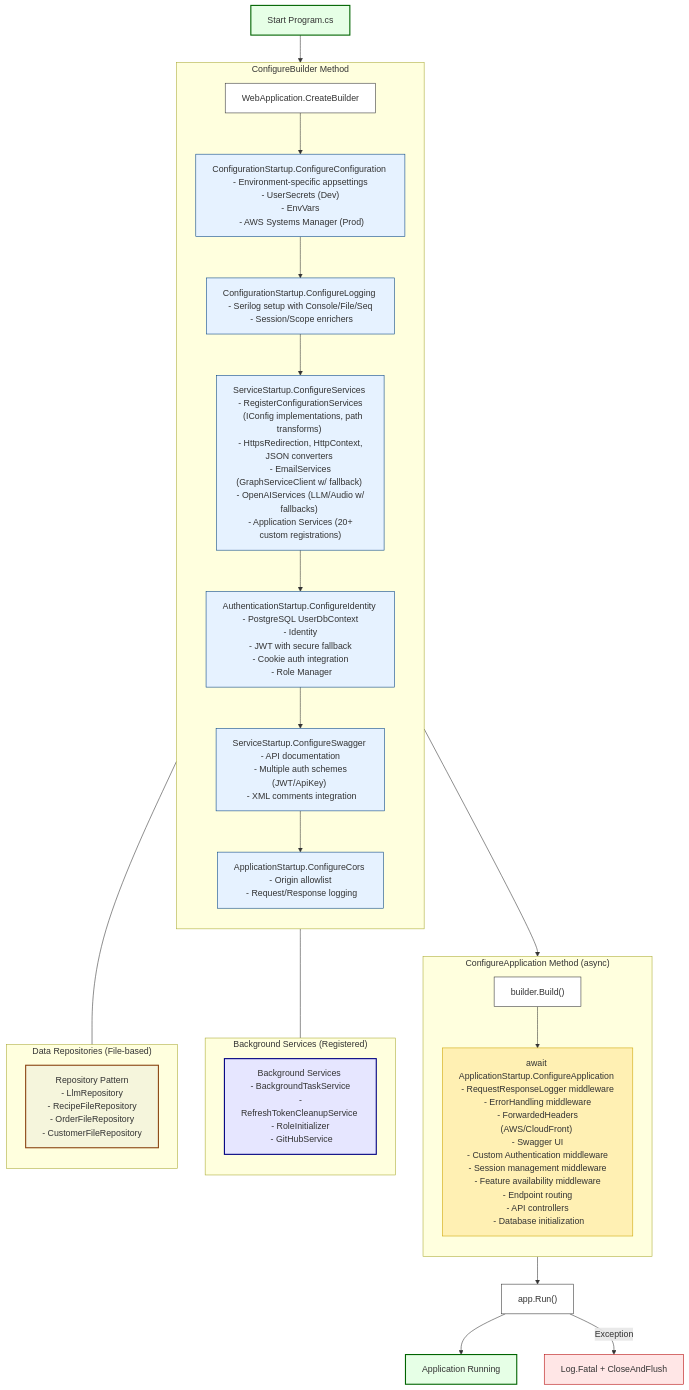
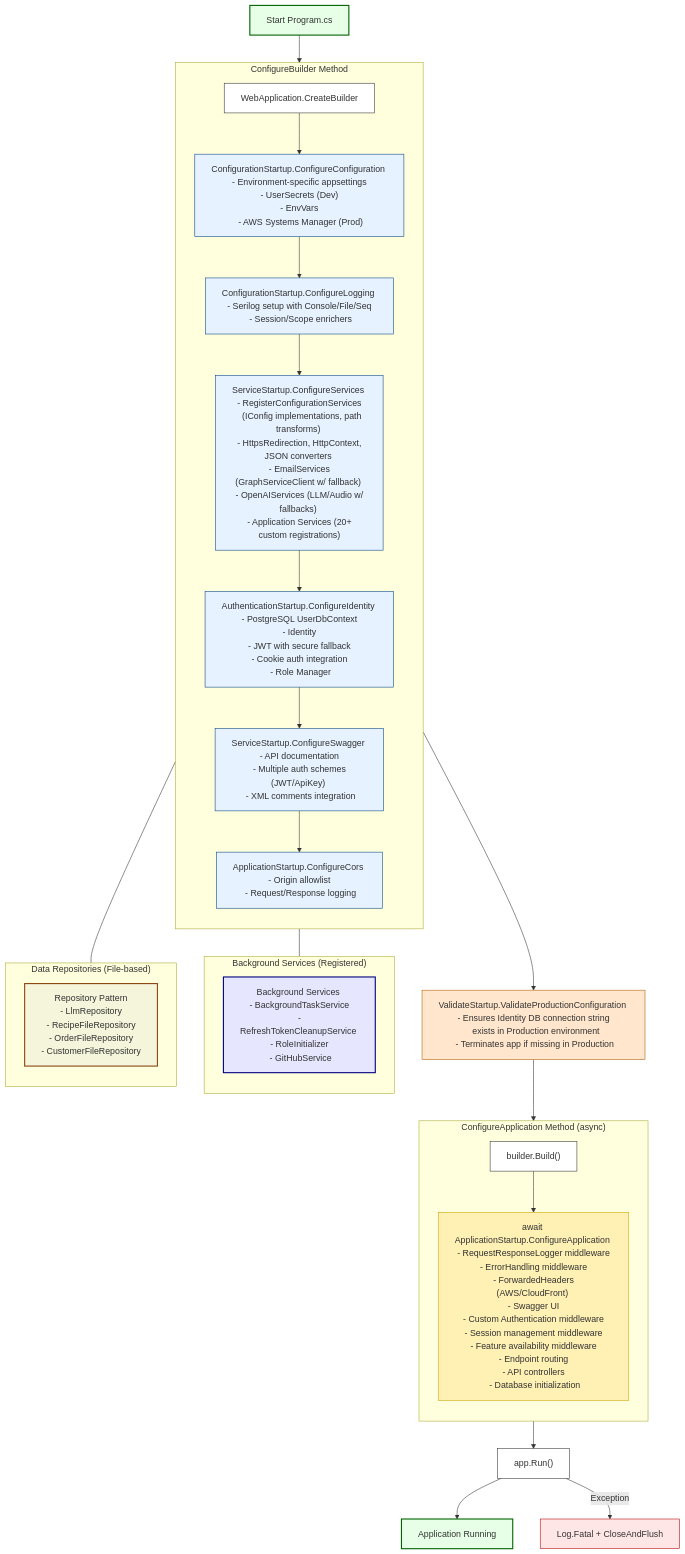
Before and after one commit to Zarichney-Development/zarichney-api: the diagram in api-server/Startup/README.md, drawn with Mermaid. The commit also changed other lines of this file and 3 other files, not shown here.

Commit message:
Refactor(GH-4): Move identity DB validation to ValidateStartup class

````diff
--- a/api-server/Startup/README.md
+++ b/api-server/Startup/README.md
@@ -41,64 +42,68 @@
 ```mermaid
 %% Application Startup Flow in Program.cs
 graph TD
     Start[Start Program.cs] --> CreateBuilder[WebApplication.CreateBuilder]
 
     subgraph "ConfigureBuilder Method"
         direction TB
         CreateBuilder --> ConfigureConfig["ConfigurationStartup.ConfigureConfiguration \n - Environment-specific appsettings \n - UserSecrets (Dev) \n - EnvVars \n - AWS Systems Manager (Prod)"]
         
         ConfigureConfig --> ConfigureLogging["ConfigurationStartup.ConfigureLogging \n - Serilog setup with Console/File/Seq \n - Session/Scope enrichers"]
         
         ConfigureLogging --> ConfigureServices["ServiceStartup.ConfigureServices \n - RegisterConfigurationServices \n   (IConfig implementations, path transforms) \n - HttpsRedirection, HttpContext, JSON converters \n - EmailServices (GraphServiceClient w/ fallback) \n - OpenAIServices (LLM/Audio w/ fallbacks) \n - Application Services (20+ custom registrations)"]
         
         ConfigureServices --> ConfigureIdentity["AuthenticationStartup.ConfigureIdentity \n - PostgreSQL UserDbContext \n - Identity<ApplicationUser> \n - JWT with secure fallback \n - Cookie auth integration \n - Role Manager"]
         
         ConfigureIdentity --> ConfigureSwagger["ServiceStartup.ConfigureSwagger \n - API documentation \n - Multiple auth schemes (JWT/ApiKey) \n - XML comments integration"]
         
         ConfigureSwagger --> ConfigureCors["ApplicationStartup.ConfigureCors \n - Origin allowlist \n - Request/Response logging"]
     end
 
-    ConfigureCors --> BuildApp["builder.Build()"]
+    ConfigureCors --> ValidateConfig["ValidateStartup.ValidateProductionConfiguration \n - Ensures Identity DB connection string \n   exists in Production environment \n - Terminates app if missing in Production"]
+    
+    ValidateConfig --> BuildApp["builder.Build()"]
 
     subgraph "ConfigureApplication Method (async)"
         direction TB
         BuildApp --> ConfigureApp["await ApplicationStartup.ConfigureApplication \n - RequestResponseLogger middleware \n - ErrorHandling middleware \n - ForwardedHeaders (AWS/CloudFront) \n - Swagger UI \n - Custom Authentication middleware \n - Session management middleware \n - Feature availability middleware \n - Endpoint routing \n - API controllers \n - Database initialization"]
     end
 
     ConfigureApp --> RunApp["app.Run()"]
     RunApp --> End[Application Running]
 
     %% Critical background services
     subgraph "Background Services (Registered)"
         direction TB
         BackgroundSvcs["Background Services \n - BackgroundTaskService \n - RefreshTokenCleanupService \n - RoleInitializer \n - GitHubService"]
     end
     ConfigureServices --- BackgroundSvcs
     
     %% Key data flows
     subgraph "Data Repositories (File-based)"
         direction TB
         Repositories["Repository Pattern \n - LlmRepository \n - RecipeFileRepository \n - OrderFileRepository \n - CustomerFileRepository"]
     end
     ConfigureServices --- Repositories
 
     %% Error handling
     RunApp -- "Exception" --> LogFatal["Log.Fatal + CloseAndFlush"]
 
     %% Styling
     classDef startEnd fill:#e6ffe6,stroke:#006400,stroke-width:2px;
     classDef process fill:#fff,stroke:#333,stroke-width:1px;
     classDef configStep fill:#e6f2ff,stroke:#004080,stroke-width:1px;
     classDef pipelineStep fill:#fff0b3,stroke:#cca300,stroke-width:1px;
     classDef errorStep fill:#ffe6e6,stroke:#b30000,stroke-width:1px;
+    classDef validateStep fill:#ffe6cc,stroke:#b35900,stroke-width:1px;
     classDef repoStep fill:#f5f5dc,stroke:#8b4513,stroke-width:2px;
     classDef serviceBg fill:#e6e6ff,stroke:#000080,stroke-width:2px;
 
     class Start,End startEnd;
     class CreateBuilder,BuildApp,RunApp process;
     class ConfigureConfig,ConfigureLogging,ConfigureServices,ConfigureIdentity,ConfigureSwagger,ConfigureCors configStep;
+    class ValidateConfig validateStep;
     class ConfigureApp pipelineStep;
     class LogFatal errorStep;
     class BackgroundSvcs serviceBg;
     class Repositories repoStep;
 ```
````
